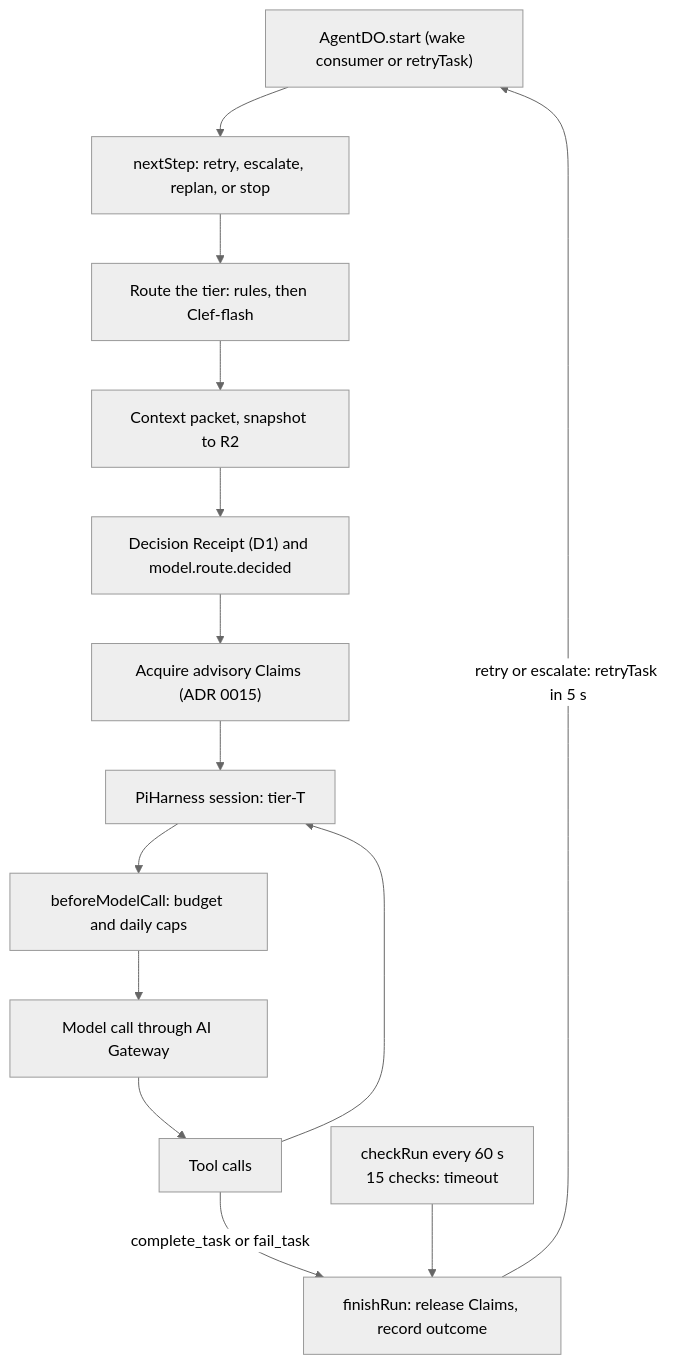
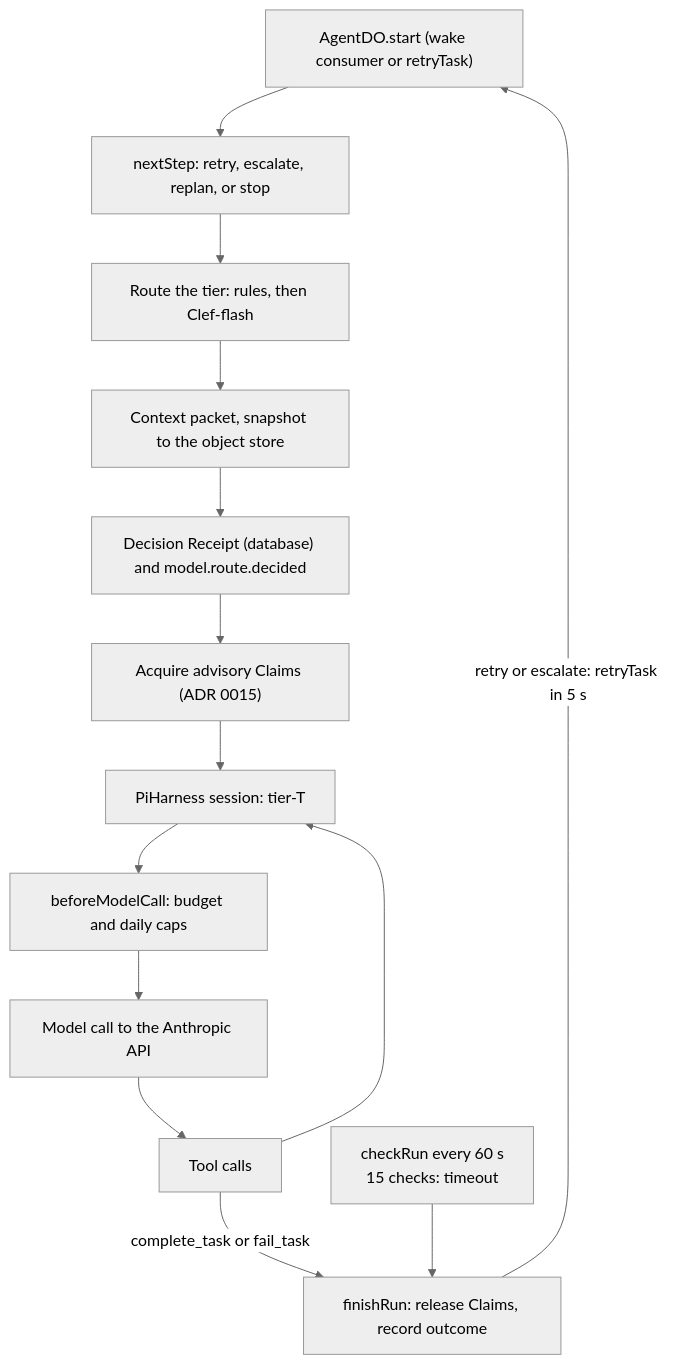
The diagram in docs/adr/0009-agentdo-pi-harness.md (nsudhanva/rhumbatron), drawn with Mermaid (neutral theme) before and after one commit. The commit also changed other lines of this file and 322 other files, not shown here.

````diff
--- a/docs/adr/0009-agentdo-pi-harness.md
+++ b/docs/adr/0009-agentdo-pi-harness.md
@@ -49,16 +50,16 @@
 ```mermaid
 flowchart TD
   wake["AgentDO.start (wake consumer or retryTask)"] --> step["nextStep: retry, escalate, replan, or stop"]
   step --> route["Route the tier: rules, then Clef-flash"]
-  route --> ctx["Context packet, snapshot to R2"]
-  ctx --> rcpt["Decision Receipt (D1) and model.route.decided"]
+  route --> ctx["Context packet, snapshot to the object store"]
+  ctx --> rcpt["Decision Receipt (database) and model.route.decided"]
   rcpt --> claims["Acquire advisory Claims (ADR 0015)"]
   claims --> pi["PiHarness session: tier-T"]
   pi --> gate["beforeModelCall: budget and daily caps"]
-  gate --> mcall["Model call through AI Gateway"]
+  gate --> mcall["Model call to the Anthropic API"]
   mcall --> tools["Tool calls"]
   tools --> pi
   tools -- "complete_task or fail_task" --> finish["finishRun: release Claims, record outcome"]
   check["checkRun every 60 s<br/>15 checks: timeout"] --> finish
   finish -- "retry or escalate: retryTask in 5 s" --> wake
 ```
````
